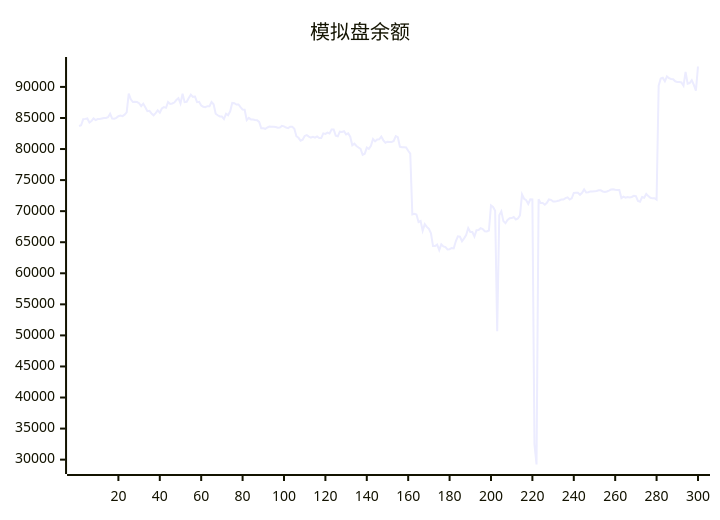
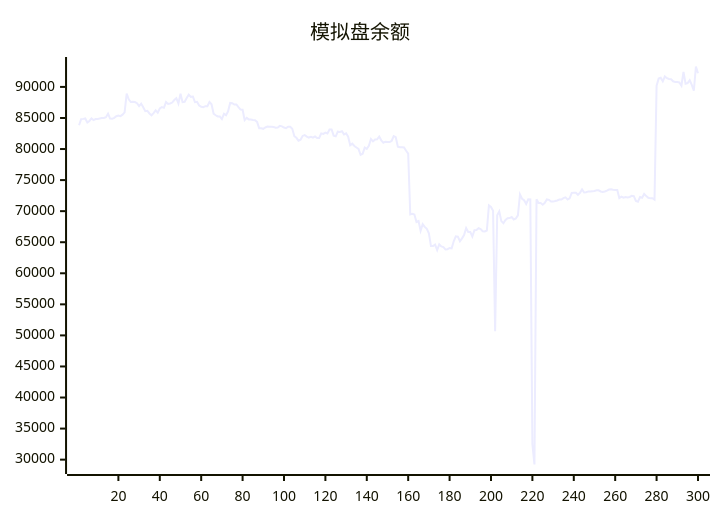
Before and after one commit to aahl/ai-trading: the diagram in README.md, drawn with Mermaid. The commit also changed other lines of this file and 1 other file, not shown here.

````diff
--- a/README.md
+++ b/README.md
@@ -5,5 +5,5 @@
 ```mermaid
 xychart
     title "模拟盘余额"
-    line [83710,83825,84819,84854,84917,84265,84527,84919,84668,84834,84850,84916,84981,85004,85131,85674,84891,84864,85019,85284,85393,85294,85538,85894,88904,88012,87567,87625,87568,87386,86920,87313,86737,86094,86143,85725,85437,85787,86219,85859,86526,86740,86630,87563,87264,87335,87483,87886,88180,87335,88894,87544,87608,88207,88755,88401,88444,87543,87608,87000,86810,86740,86894,86884,87576,87209,85686,85435,85251,85255,84820,85689,85453,86066,87420,87373,87161,87178,86740,86341,86315,84643,85012,84772,84768,84690,84635,84376,83360,83357,83259,83474,83608,83606,83602,83548,83440,83454,83724,83644,83464,83365,83590,83592,83275,82072,81806,81344,81492,82109,82254,82006,81848,81955,81829,82022,81769,81776,82522,82441,82656,82498,83144,83144,82150,82038,82797,82763,82872,82367,82536,81981,80612,80862,80484,80242,80034,79063,79245,80226,80016,80507,81625,81233,81544,81578,82016,81401,81019,81186,81130,81118,81306,82066,81909,80392,80304,80291,80258,79729,79261,69466,69579,69456,68251,68415,66832,67911,67462,67144,66432,64380,64375,64606,63740,64647,64324,64216,63842,63877,64078,64008,65156,65945,65888,65157,65625,66144,67284,66653,66639,65924,66925,66956,67263,67108,66766,66729,66886,70927,70673,70049,50652,69334,69973,68400,68061,68578,68876,68879,69055,68662,68822,69329,72687,71999,71760,71162,71911,71896,32500,29218,71927,71297,71305,71044,71337,71883,71822,71536,71536,71622,71723,71880,71860,72100,72216,71887,72077,72940,72976,72966,72638,72948,73497,73004,73041,73173,73160,73186,73258,73375,73351,73173,73098,73161,73305,73474,73536,73457,73413,73412,72100,72333,72164,72272,72204,72285,72461,72421,71652,71521,72267,72157,72774,72424,72144,72060,72091,71858,90185,91338,91466,90900,91678,91404,91268,91244,90903,90779,90787,90721,90187,92429,90518,90619,91070,90328,89376,93286]
+    line [83825,84819,84854,84917,84265,84527,84919,84668,84834,84850,84916,84981,85004,85131,85674,84891,84864,85019,85284,85393,85294,85538,85894,88904,88012,87567,87625,87568,87386,86920,87313,86737,86094,86143,85725,85437,85787,86219,85859,86526,86740,86630,87563,87264,87335,87483,87886,88180,87335,88894,87544,87608,88207,88755,88401,88444,87543,87608,87000,86810,86740,86894,86884,87576,87209,85686,85435,85251,85255,84820,85689,85453,86066,87420,87373,87161,87178,86740,86341,86315,84643,85012,84772,84768,84690,84635,84376,83360,83357,83259,83474,83608,83606,83602,83548,83440,83454,83724,83644,83464,83365,83590,83592,83275,82072,81806,81344,81492,82109,82254,82006,81848,81955,81829,82022,81769,81776,82522,82441,82656,82498,83144,83144,82150,82038,82797,82763,82872,82367,82536,81981,80612,80862,80484,80242,80034,79063,79245,80226,80016,80507,81625,81233,81544,81578,82016,81401,81019,81186,81130,81118,81306,82066,81909,80392,80304,80291,80258,79729,79261,69466,69579,69456,68251,68415,66832,67911,67462,67144,66432,64380,64375,64606,63740,64647,64324,64216,63842,63877,64078,64008,65156,65945,65888,65157,65625,66144,67284,66653,66639,65924,66925,66956,67263,67108,66766,66729,66886,70927,70673,70049,50652,69334,69973,68400,68061,68578,68876,68879,69055,68662,68822,69329,72687,71999,71760,71162,71911,71896,32500,29218,71927,71297,71305,71044,71337,71883,71822,71536,71536,71622,71723,71880,71860,72100,72216,71887,72077,72940,72976,72966,72638,72948,73497,73004,73041,73173,73160,73186,73258,73375,73351,73173,73098,73161,73305,73474,73536,73457,73413,73412,72100,72333,72164,72272,72204,72285,72461,72421,71652,71521,72267,72157,72774,72424,72144,72060,72091,71858,90185,91338,91466,90900,91678,91404,91268,91244,90903,90779,90787,90721,90187,92429,90518,90619,91070,90328,89376,93286,92202]
 ```
````
